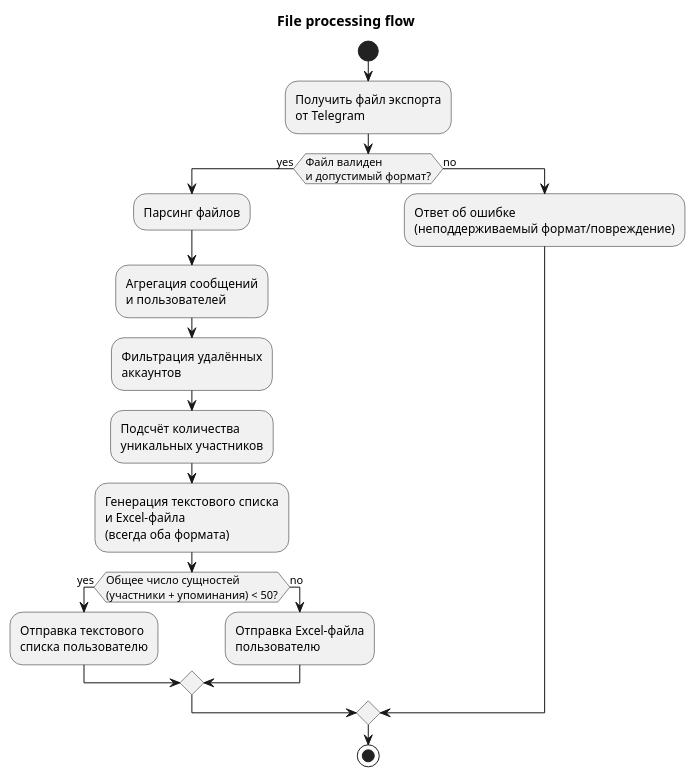
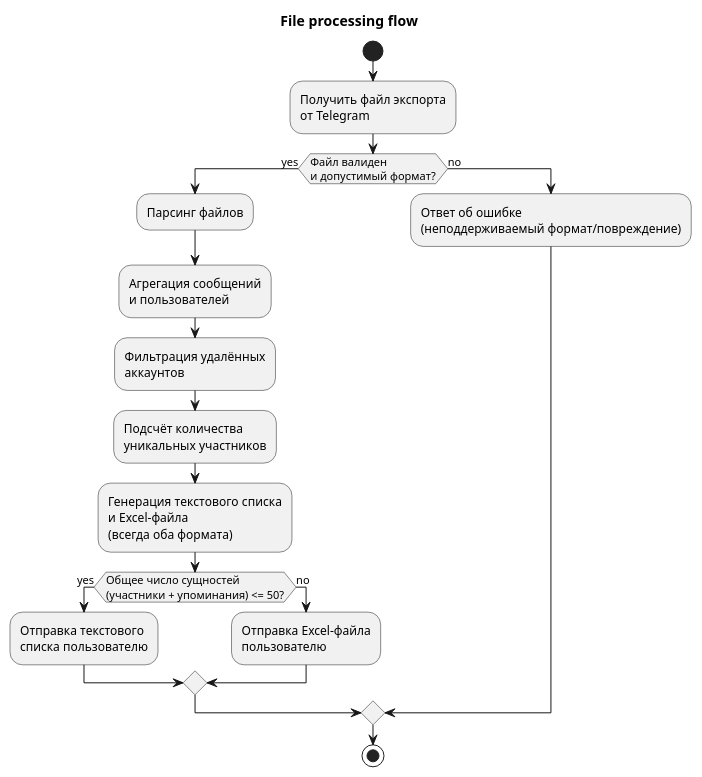
One commit to vspochernin/chatlas changed the diagram in docs/diagrams/flowchart.puml. Above: the diagram before and after it, drawn with PlantUML. The commit also changed 4 other files, not shown here.

```diff
--- a/docs/diagrams/flowchart.puml
+++ b/docs/diagrams/flowchart.puml
@@ -1,23 +1,23 @@
 @startuml flowchart
 title File processing flow
 
 start
 
 :Получить файл экспорта\nот Telegram;
 if (Файл валиден\nи допустимый формат?) then (yes)
     :Парсинг файлов;
     :Агрегация сообщений\nи пользователей;
     :Фильтрация удалённых\nаккаунтов;
     :Подсчёт количества\nуникальных участников;
     :Генерация текстового списка\nи Excel-файла\n(всегда оба формата);
-    if (Общее число сущностей\n(участники + упоминания) < 50?) then (yes)
+    if (Общее число сущностей\n(участники + упоминания) <= 50?) then (yes)
       :Отправка текстового\nсписка пользователю;
     else (no)
       :Отправка Excel-файла\nпользователю;
     endif
 else (no)
   :Ответ об ошибке\n(неподдерживаемый формат/повреждение);
 endif
 
 stop
 @enduml
```
